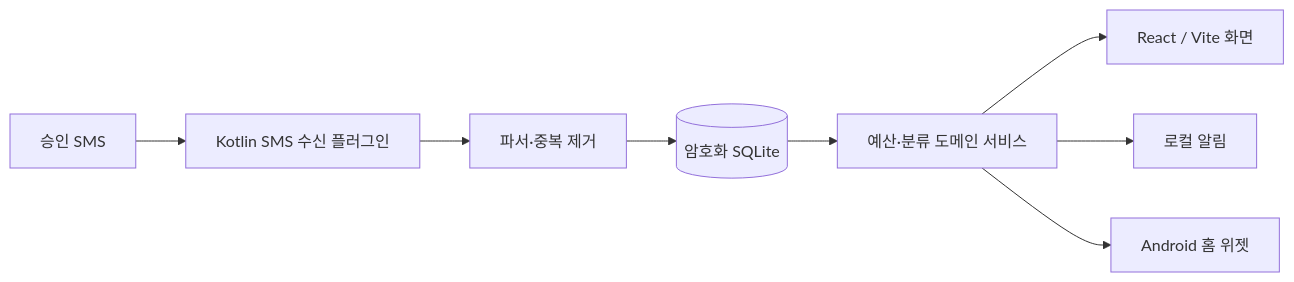
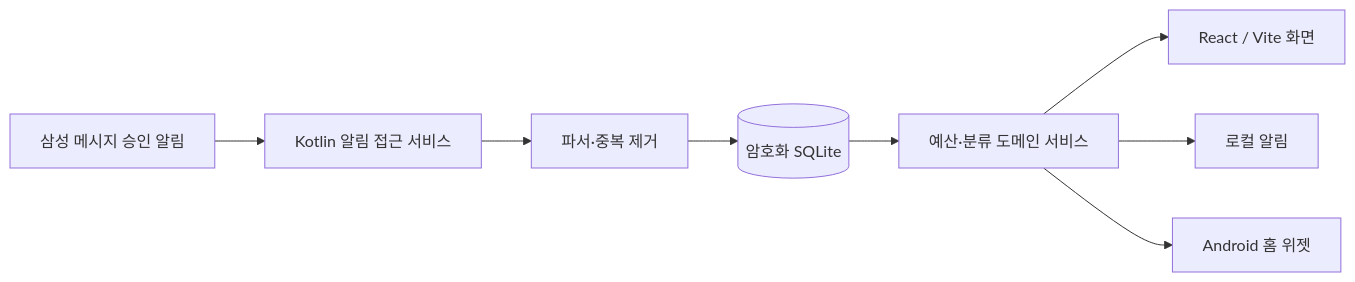
The diagram in docs/02-technical-design.md (cjsan30/shinhanaccount), drawn with Mermaid before and after one commit. The commit also changed other lines of this file and 9 other files, not shown here.

````diff
--- a/docs/02-technical-design.md
+++ b/docs/02-technical-design.md
@@ -19,10 +19,10 @@
 ```mermaid
 flowchart LR
-  SMS["승인 SMS"] --> Native["Kotlin SMS 수신 플러그인"]
+  SMS["삼성 메시지 승인 알림"] --> Native["Kotlin 알림 접근 서비스"]
   Native --> Parse["파서·중복 제거"]
   Parse --> DB[("암호화 SQLite")]
   DB --> Domain["예산·분류 도메인 서비스"]
   Domain --> UI["React / Vite 화면"]
   Domain --> Notice["로컬 알림"]
   Domain --> Widget["Android 홈 위젯"]
 ```
````
